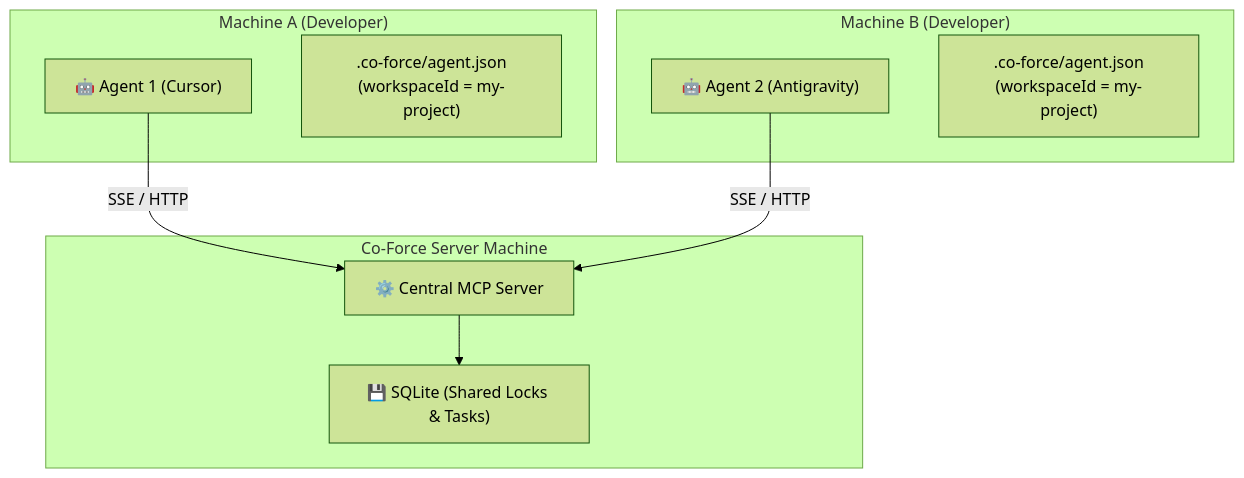
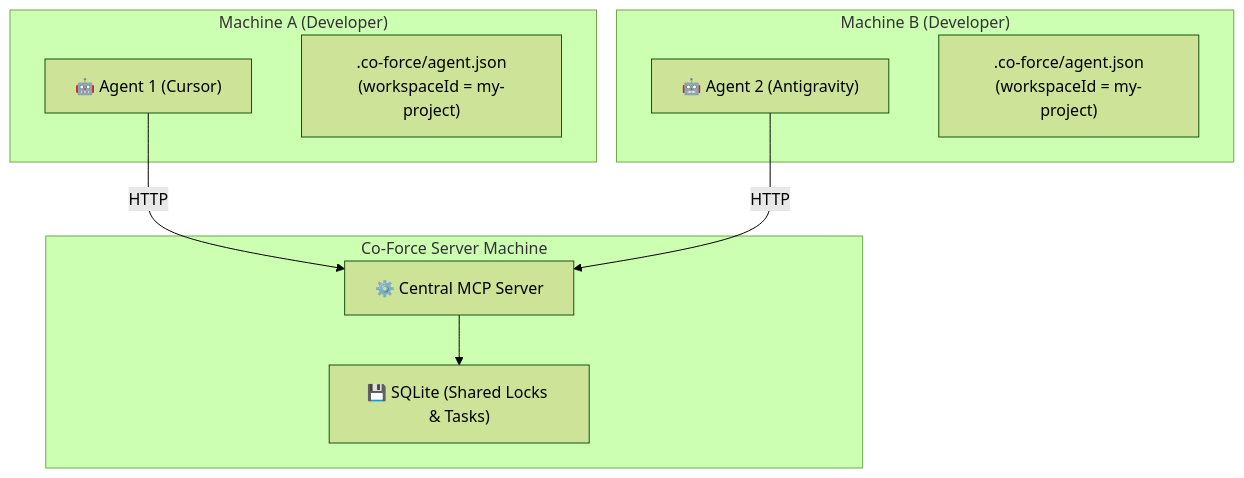
One commit to hiimtrung/co-force changed diagram 17 of 29 in docs/URD.md. Above: the diagram before and after it, drawn with Mermaid (forest theme). The commit also changed other lines of this file and 17 other files, not shown here.

````diff
--- a/docs/URD.md
+++ b/docs/URD.md
@@ -1075,21 +978,21 @@
 ```mermaid
 graph TB
     subgraph "Machine A (Developer)"
         A1["🤖 Agent 1 (Cursor)"]
         CONF_A[".co-force/agent.json<br/>(workspaceId = my-project)"]
     end
 
     subgraph "Machine B (Developer)"
         A2["🤖 Agent 2 (Antigravity)"]
         CONF_B[".co-force/agent.json<br/>(workspaceId = my-project)"]
     end
 
     subgraph "Co-Force Server Machine"
         MCP["⚙️ Central MCP Server"]
         DB["💾 SQLite (Shared Locks & Tasks)"]
     end
 
-    A1 -->|SSE / HTTP| MCP
-    A2 -->|SSE / HTTP| MCP
+    A1 -->|HTTP| MCP
+    A2 -->|HTTP| MCP
     MCP --> DB
 ```
````
